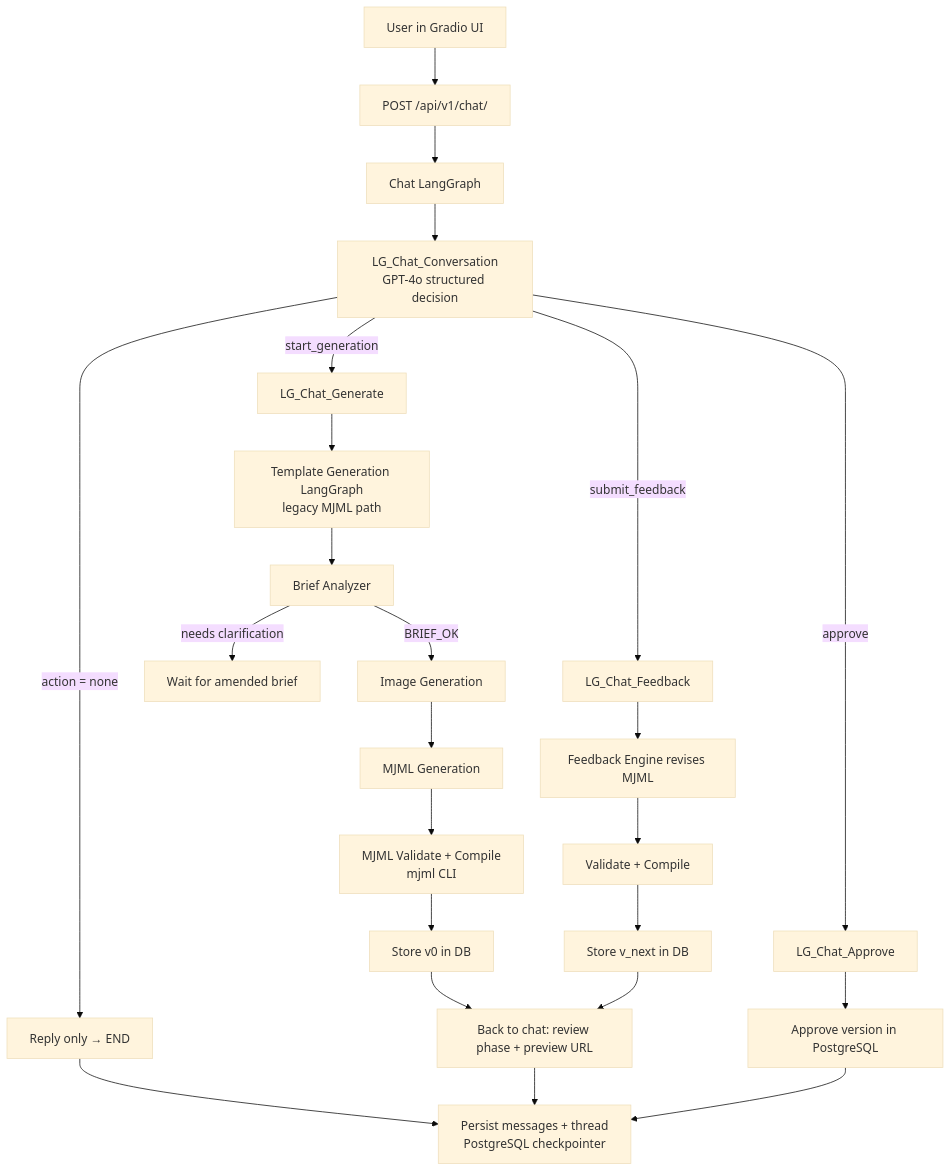
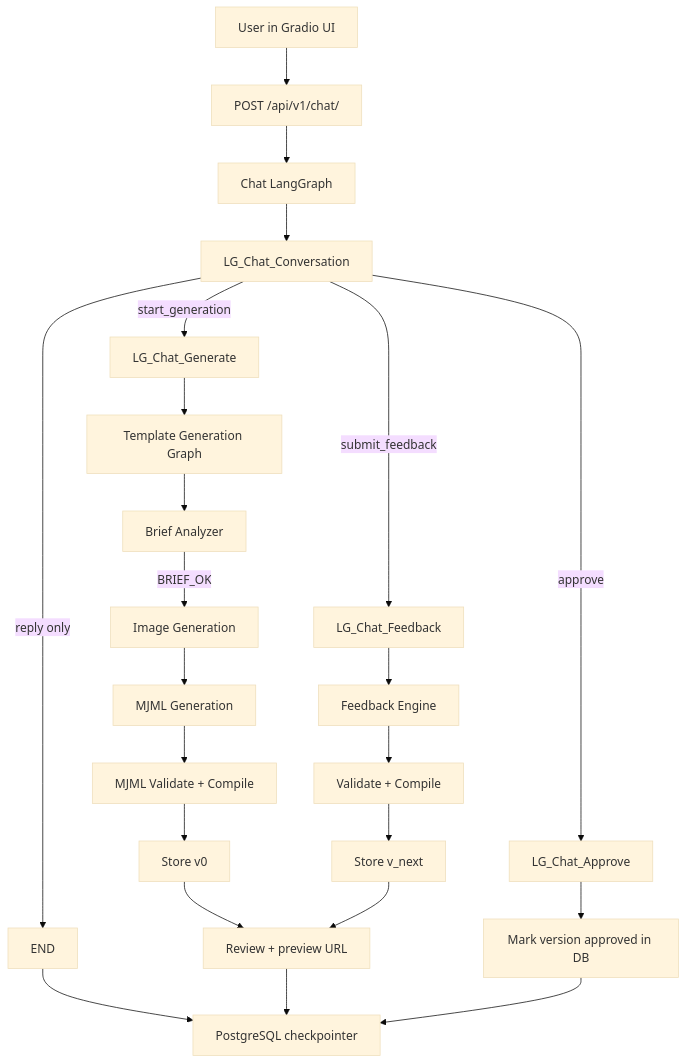
The diagram in README.md (Shriansh16/Mailwright-Agentic_Marketing_Email_Platform), drawn with Mermaid (base theme) before and after one commit. The commit also changed other lines of this file, not shown here.

````diff
--- a/README.md
+++ b/README.md
@@ -195,31 +30,30 @@
 ```mermaid
 flowchart TD
     A[User in Gradio UI] --> B[POST /api/v1/chat/]
     B --> C[Chat LangGraph]
-    C --> D[LG_Chat_Conversation<br/>GPT-4o structured decision]
+    C --> D[LG_Chat_Conversation]
 
-    D -->|action = none| E[Reply only → END]
+    D -->|reply only| E[END]
     D -->|start_generation| F[LG_Chat_Generate]
     D -->|submit_feedback| G[LG_Chat_Feedback]
     D -->|approve| H[LG_Chat_Approve]
 
-    F --> TG[Template Generation LangGraph<br/>legacy MJML path]
-    H --> J[Approve version in PostgreSQL]
+    F --> TG[Template Generation Graph]
+    H --> J[Mark version approved in DB]
 
     TG --> K[Brief Analyzer]
-    K -->|needs clarification| L[Wait for amended brief]
     K -->|BRIEF_OK| M[Image Generation]
     M --> N[MJML Generation]
-    N --> O[MJML Validate + Compile<br/>mjml CLI]
-    O --> P[Store v0 in DB]
-    P --> Q[Back to chat: review phase + preview URL]
+    N --> O[MJML Validate + Compile]
+    O --> P[Store v0]
+    P --> Q[Review + preview URL]
 
-    G --> R[Feedback Engine revises MJML]
+    G --> R[Feedback Engine]
     R --> O2[Validate + Compile]
-    O2 --> S[Store v_next in DB]
+    O2 --> S[Store v_next]
     S --> Q
 
-    E --> T[Persist messages + thread<br/>PostgreSQL checkpointer]
+    E --> T[PostgreSQL checkpointer]
     Q --> T
     J --> T
 ```
````
